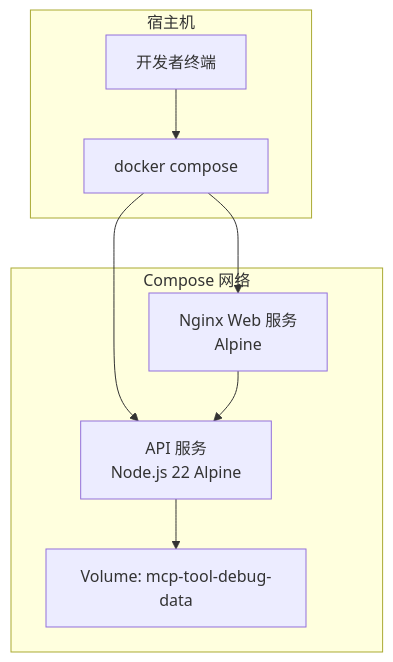
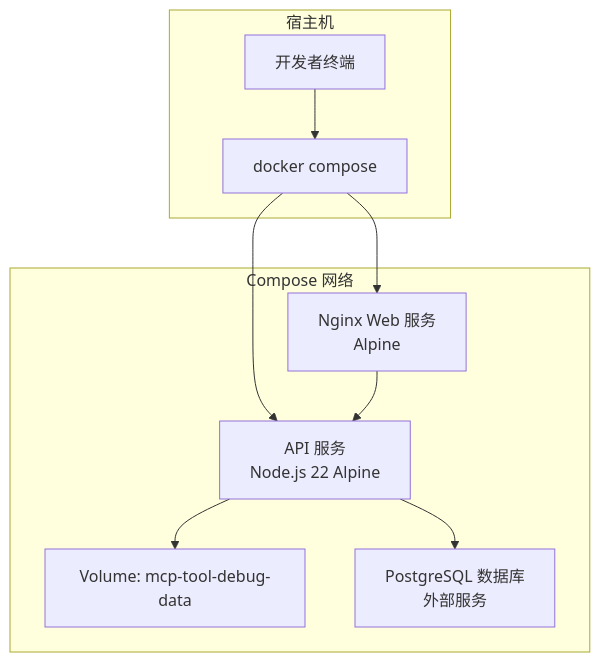
Before and after one commit to tushengtao/mcp-tool-debug: the first of 8 diagrams in .qoder/repowiki/zh/content/部署运维/Docker 部署.md, drawn with Mermaid. The commit also changed other lines of this file and 44 other files, not shown here.

````diff
--- a/.qoder/repowiki/zh/content/部署运维/Docker 部署.md
+++ b/.qoder/repowiki/zh/content/部署运维/Docker 部署.md
@@ -42,17 +54,19 @@
 ```mermaid
 graph TB
 subgraph "宿主机"
 Dev["开发者终端"]
 Compose["docker compose"]
 end
 subgraph "Compose 网络"
 API["API 服务<br/>Node.js 22 Alpine"]
 WEB["Nginx Web 服务<br/>Alpine"]
-VOL["Volume: mcp-tool-debug-data"]
+DB_VOL["Volume: mcp-tool-debug-data"]
+PG_DB["PostgreSQL 数据库<br/>外部服务"]
 end
 Dev --> Compose
 Compose --> API
 Compose --> WEB
-API --> VOL
+API --> DB_VOL
+API --> PG_DB
 WEB --> API
 ```
````
